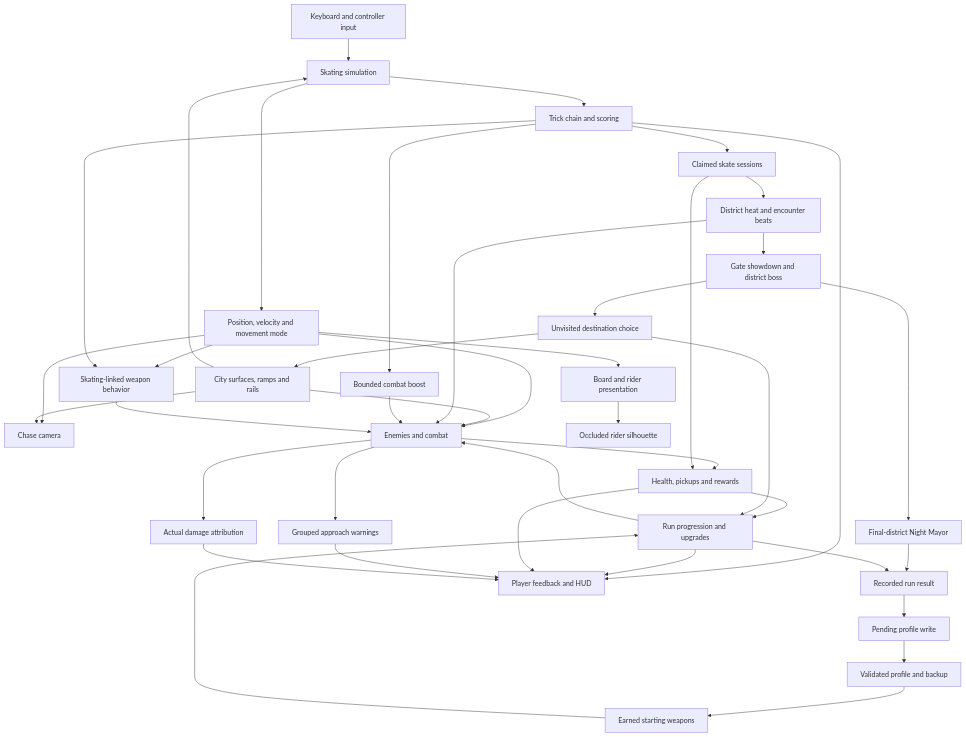
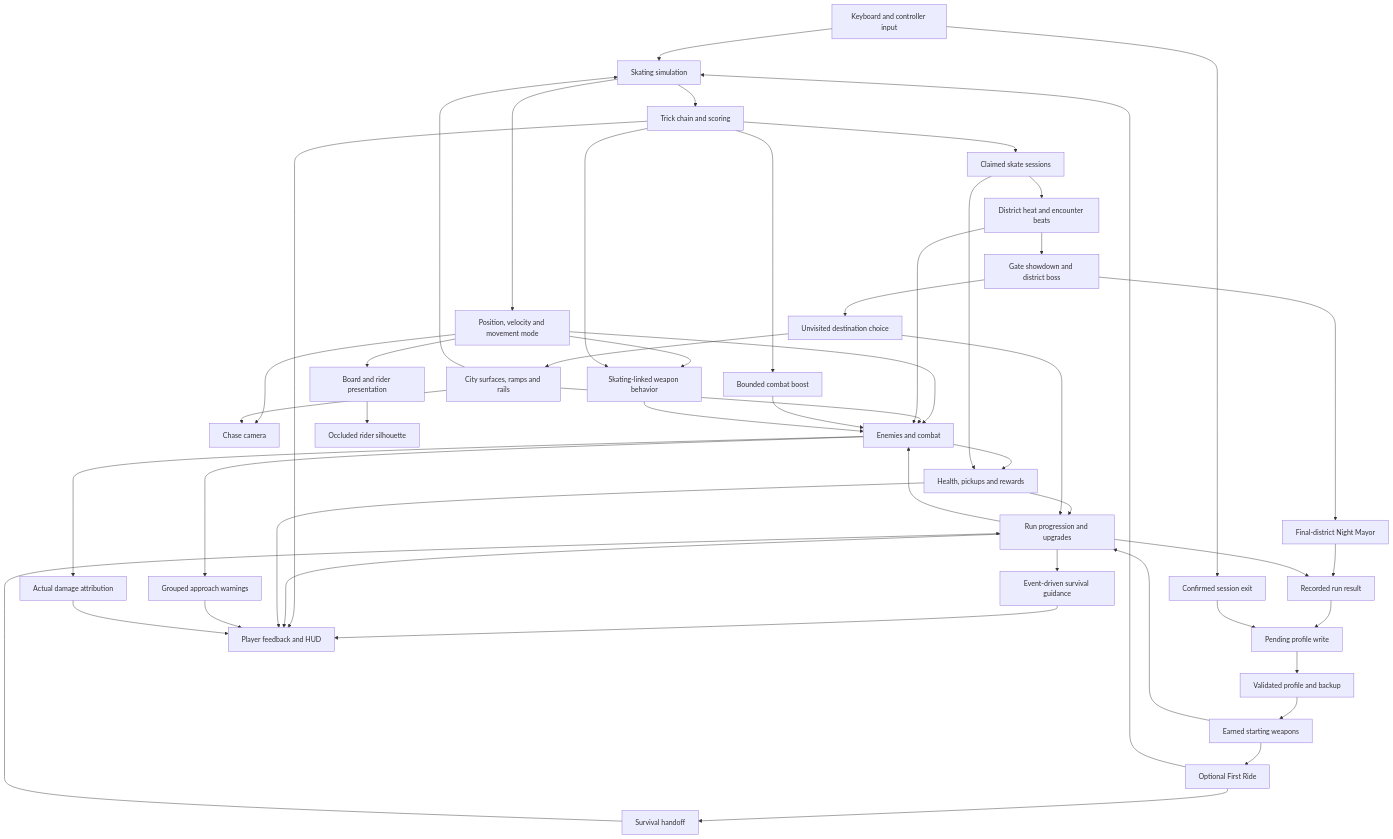
The diagram in docs/system-map.md (whenitisnight/grave-grind-devlog), drawn with Mermaid before and after one commit. The commit also changed other lines of this file and 7 other files, not shown here.

Commit message:
Document desktop first session, delivery and campaign reward lessons

````diff
--- a/docs/system-map.md
+++ b/docs/system-map.md
@@ -5,43 +5,51 @@
 ```mermaid
 flowchart TD
     Input[Keyboard and controller input] --> Skate[Skating simulation]
     City[City surfaces, ramps and rails] --> Skate
     Skate --> State[Position, velocity and movement mode]
     Skate --> Tricks[Trick chain and scoring]
     State --> Rig[Board and rider presentation]
     State --> Camera[Chase camera]
     City --> Camera
     State --> Combat[Enemies and combat]
     City --> Combat
     Run[Run progression and upgrades] --> Combat
     Combat --> Rewards[Health, pickups and rewards]
     Rewards --> Run
     Tricks --> Sessions[Claimed skate sessions]
     Sessions --> Rewards
     Sessions --> Pressure[District heat and encounter beats]
     Pressure --> Combat
     Tricks --> Boost[Bounded combat boost]
     Boost --> Combat
     State --> Attacks[Skating-linked weapon behavior]
     Tricks --> Attacks
     Attacks --> Combat
     Pressure --> Showdown[Gate showdown and district boss]
     Showdown --> Travel[Unvisited destination choice]
     Travel --> Run
     Travel --> City
     Showdown --> Finale[Final-district Night Mayor]
     Finale --> Result
     Run --> Result[Recorded run result]
     Result --> Pending[Pending profile write]
     Pending --> Profile[Validated profile and backup]
     Profile --> Garage[Earned starting weapons]
     Garage --> Run
+    Garage --> Lesson[Optional First Ride]
+    Lesson --> Skate
+    Lesson --> Handoff[Survival handoff]
+    Handoff --> Run
+    Run --> Guide[Event-driven survival guidance]
+    Guide --> HUD
+    Input --> Exit[Confirmed session exit]
+    Exit --> Pending
     Tricks --> HUD[Player feedback and HUD]
     Run --> HUD
     Rewards --> HUD
     Combat --> Threats[Grouped approach warnings]
     Combat --> Damage[Actual damage attribution]
     Threats --> HUD
     Damage --> HUD
     Rig --> Visibility[Occluded rider silhouette]
 ```
````
